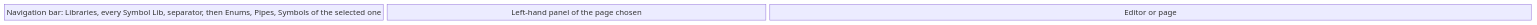
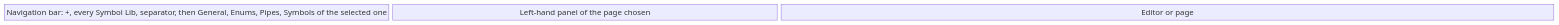
Before and after one commit to AlexandreGallais/synoptic-studio-spec: the third of 5 diagrams in symbols/01-libraries-and-symbols.md, drawn with Mermaid. The commit also changed other lines of this file and 8 other files, not shown here.

First line of the commit message:
docs(symbols): replace the libraries page with a general page per library

````diff
--- a/symbols/01-libraries-and-symbols.md
+++ b/symbols/01-libraries-and-symbols.md
@@ -69,5 +74,5 @@
 ```mermaid
 block-beta
     columns 4
-    rail["Navigation bar: Libraries, every Symbol Lib, separator, then Enums, Pipes, Symbols of the selected one"] panel["Left-hand panel of the page chosen"] canvas["Editor or page"]:2
+    rail["Navigation bar: +, every Symbol Lib, separator, then General, Enums, Pipes, Symbols of the selected one"] panel["Left-hand panel of the page chosen"] canvas["Editor or page"]:2
 ```
````
